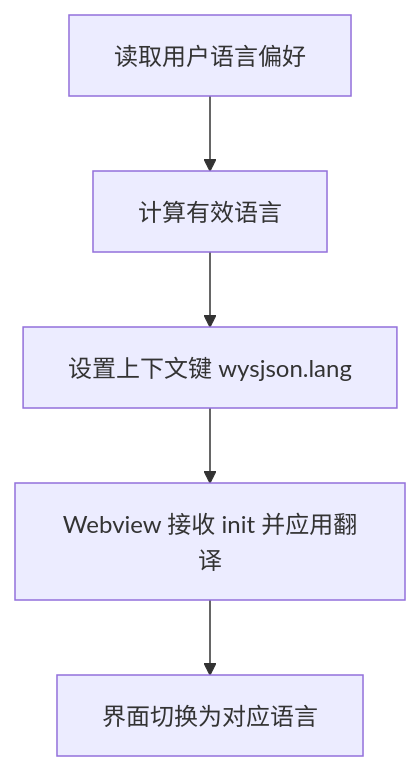
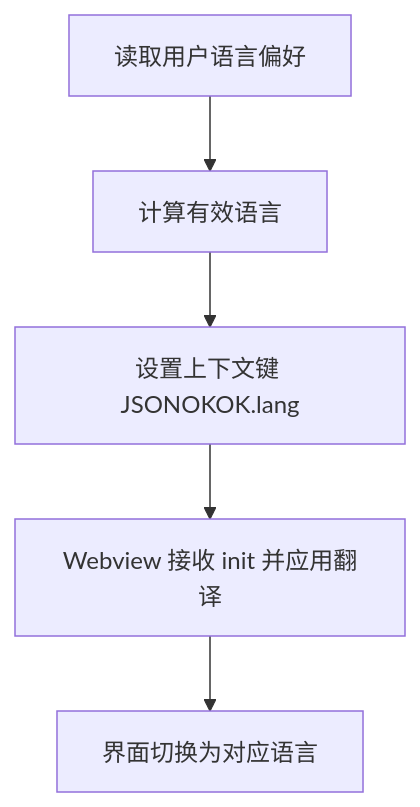
Before and after one commit to meiok1/wysjson: the sixth of 8 diagrams in .qoder/repowiki/zh/content/核心架构设计/Webview 集成架构.md, drawn with Mermaid. The commit also changed other lines of this file and 390 other files, not shown here.

````diff
--- a/.qoder/repowiki/zh/content/核心架构设计/Webview 集成架构.md
+++ b/.qoder/repowiki/zh/content/核心架构设计/Webview 集成架构.md
@@ -208,7 +208,7 @@
 ```mermaid
 flowchart TD
 Pref["读取用户语言偏好"] --> Lang["计算有效语言"]
-Lang --> Ctx["设置上下文键 wysjson.lang"]
+Lang --> Ctx["设置上下文键 JSONOKOK.lang"]
 Ctx --> WV["Webview 接收 init 并应用翻译"]
 WV --> UI["界面切换为对应语言"]
 ```
````
